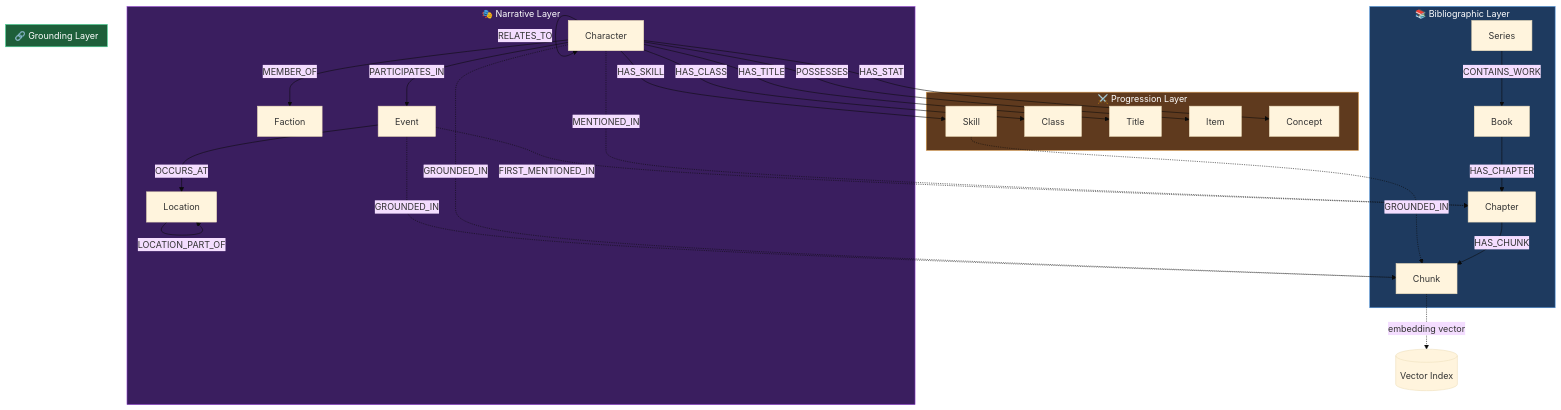
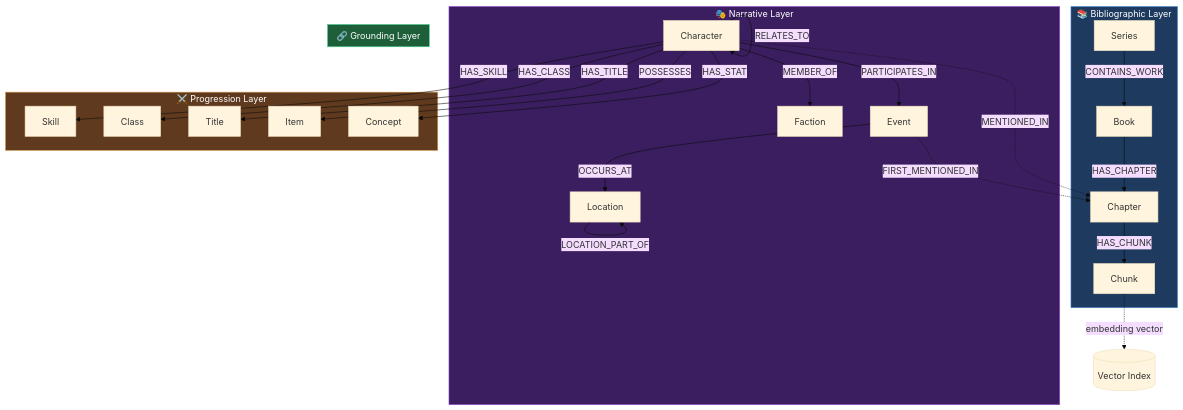
One commit to xairon/WorldRAG changed the first of 2 diagrams in docs/data-model.md. Above: the diagram before and after it, drawn with Mermaid (base theme). The commit also changed other lines of this file and 65 other files, not shown here.

First line of the commit message:
refactor: remove Graphiti, saga profiles, and 7.5K lines of dead code

````diff
--- a/docs/data-model.md
+++ b/docs/data-model.md
@@ -26,39 +26,36 @@
 ```mermaid
 graph TB
     subgraph Bibliographic["📚 Bibliographic Layer"]
         Series --> |CONTAINS_WORK| Book
         Book --> |HAS_CHAPTER| Chapter
         Chapter --> |HAS_CHUNK| Chunk
     end
 
     subgraph Narrative["🎭 Narrative Layer"]
         Character --> |RELATES_TO| Character
         Character --> |PARTICIPATES_IN| Event
         Character --> |MEMBER_OF| Faction
         Event --> |OCCURS_AT| Location
         Location --> |LOCATION_PART_OF| Location
     end
 
     subgraph Progression["⚔️ Progression Layer"]
         Character --> |HAS_SKILL| Skill
         Character --> |HAS_CLASS| Class
         Character --> |HAS_TITLE| Title
         Character --> |POSSESSES| Item
         Character --> |HAS_STAT| Concept
     end
 
     subgraph Grounding["🔗 Grounding Layer"]
-        Character -.-> |GROUNDED_IN| Chunk
-        Skill -.-> |GROUNDED_IN| Chunk
-        Event -.-> |GROUNDED_IN| Chunk
         Character -.-> |MENTIONED_IN| Chapter
         Event -.-> |FIRST_MENTIONED_IN| Chapter
     end
 
     Chunk -.-> |embedding vector| VectorIndex[(Vector Index)]
 
     style Bibliographic fill:#1e3a5f,stroke:#4a90d9,color:#fff
     style Narrative fill:#3a1e5f,stroke:#9a4ad9,color:#fff
     style Progression fill:#5f3a1e,stroke:#d99a4a,color:#fff
     style Grounding fill:#1e5f3a,stroke:#4ad99a,color:#fff
 ```
````
